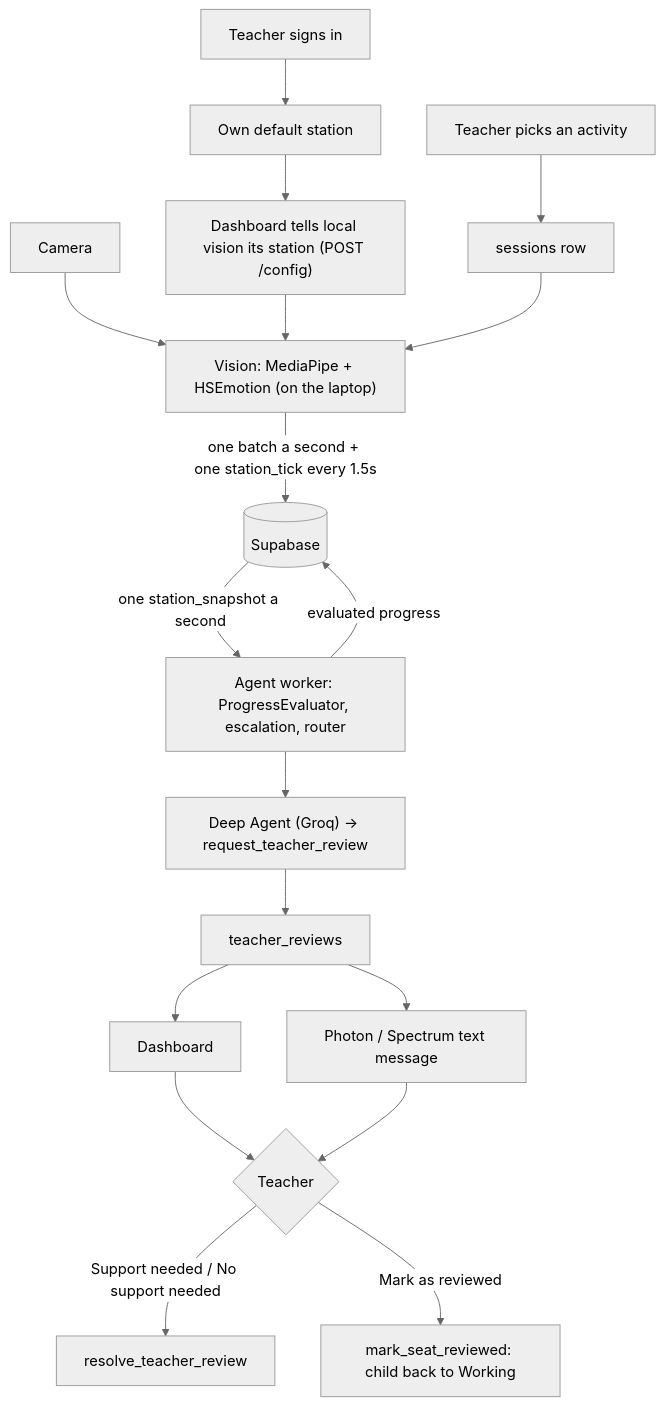
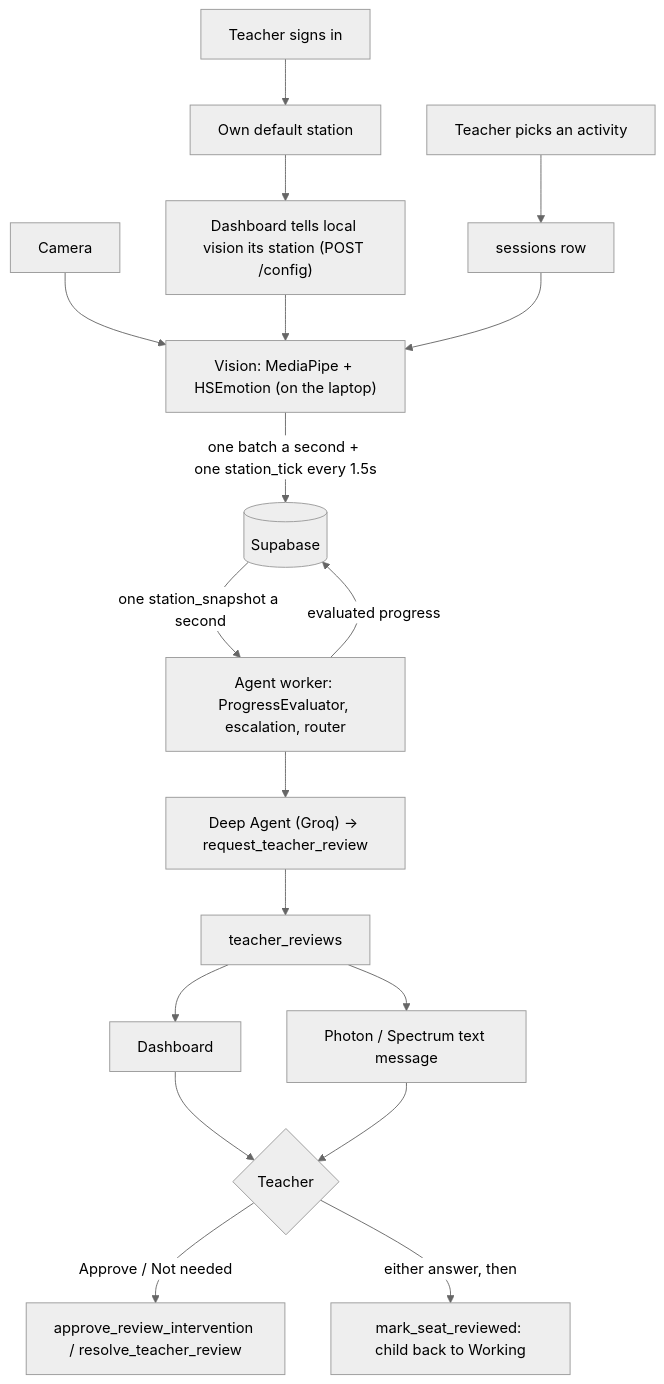
The diagram in README.md (keithw24/cues), drawn with Mermaid (neutral theme) before and after one commit. The commit also changed other lines of this file and 7 other files, not shown here.

First line of the commit message:
Simplify the review card to Approve and Not needed

````diff
--- a/README.md
+++ b/README.md
@@ -12,20 +12,20 @@
 ```mermaid
 flowchart TD
     T["Teacher signs in"] --> ST["Own default station"]
     ST --> CF["Dashboard tells local vision its station (POST /config)"]
     A["Teacher picks an activity"] --> SS["sessions row"]
     C["Camera"] --> V["Vision: MediaPipe + HSEmotion (on the laptop)"]
     CF --> V
     SS --> V
     V -->|"one batch a second + one station_tick every 1.5s"| DB[("Supabase")]
     DB -->|"one station_snapshot a second"| W["Agent worker: ProgressEvaluator, escalation, router"]
     W --> K["Deep Agent (Groq) -> request_teacher_review"]
     K --> R["teacher_reviews"]
     W -->|"evaluated progress"| DB
     R --> D["Dashboard"]
     R --> P["Photon / Spectrum text message"]
     D --> X{"Teacher"}
     P --> X
-    X -->|"Support needed / No support needed"| RR["resolve_teacher_review"]
-    X -->|"Mark as reviewed"| MR["mark_seat_reviewed: child back to Working"]
+    X -->|"Approve / Not needed"| RR["approve_review_intervention / resolve_teacher_review"]
+    X -->|"either answer, then"| MR["mark_seat_reviewed: child back to Working"]
 ```
````
